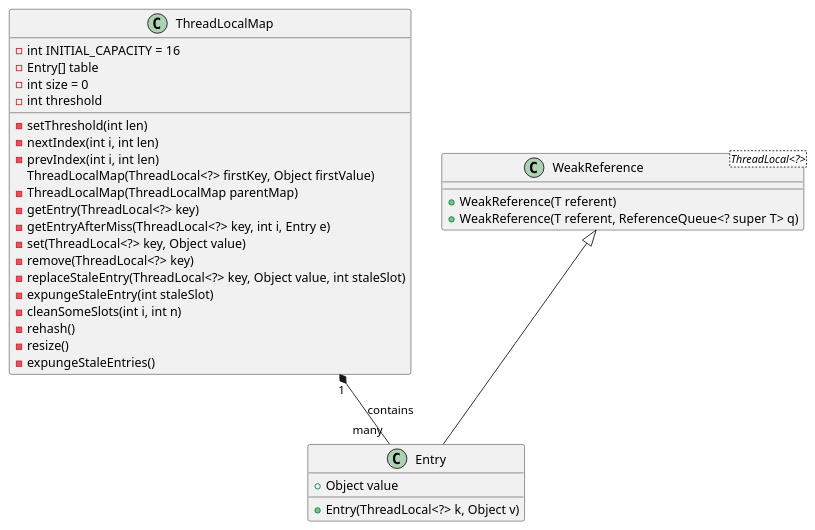
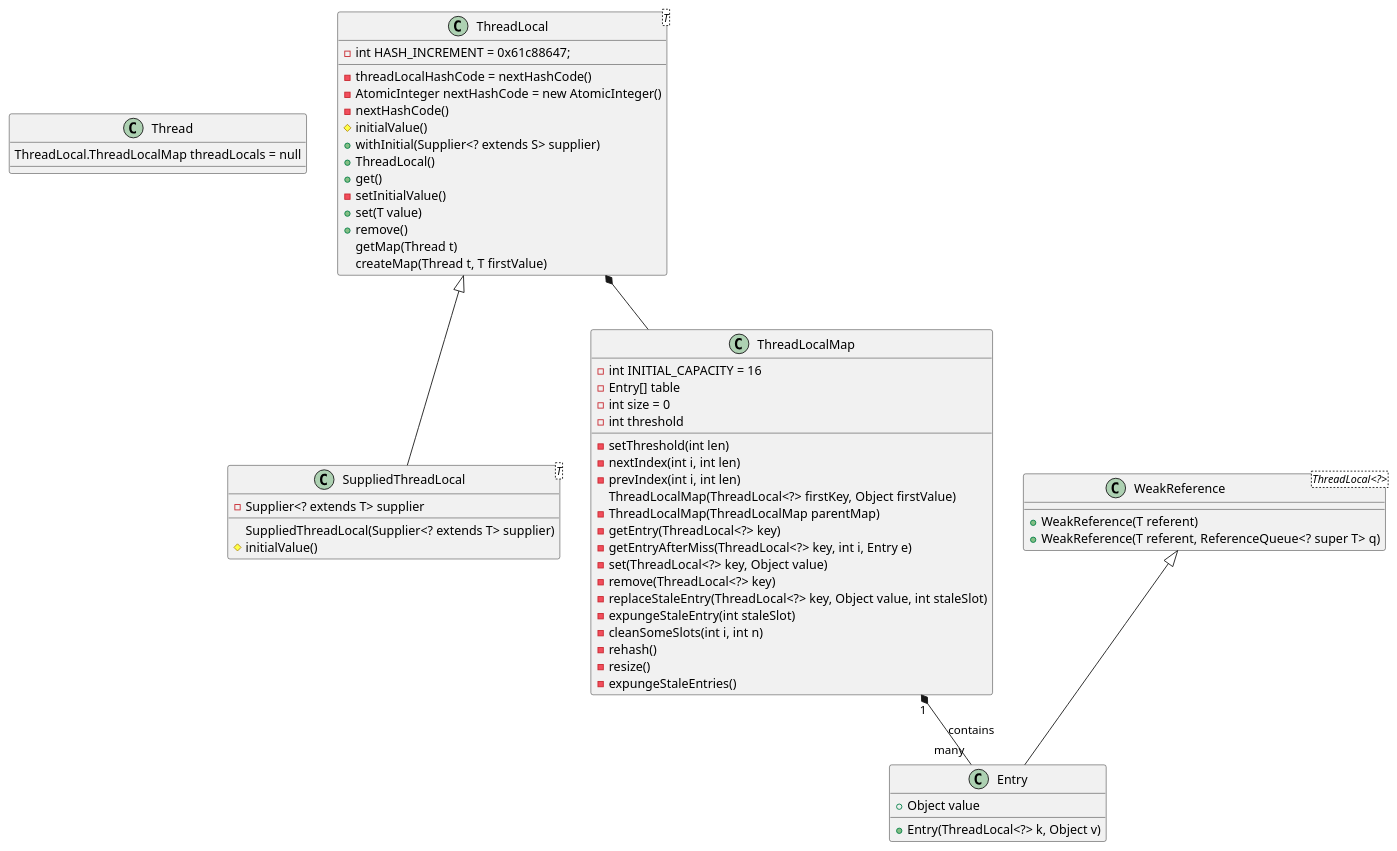
One commit to nicktming/code changed the diagram in JavaBasics/src/com/sourcecode/threadlocal/threadlocal.puml. Above: the diagram before and after it, drawn with PlantUML. The commit also changed 2 other files, not shown here.

```diff
--- a/JavaBasics/src/com/sourcecode/threadlocal/threadlocal.puml
+++ b/JavaBasics/src/com/sourcecode/threadlocal/threadlocal.puml
@@ -1,37 +1,65 @@
 @startuml
+
+class Thread {
+ThreadLocal.ThreadLocalMap threadLocals = null
+}
+
+class ThreadLocal<T> {
+    - threadLocalHashCode = nextHashCode()
+    - AtomicInteger nextHashCode = new AtomicInteger()
+    - int HASH_INCREMENT = 0x61c88647;
+    - nextHashCode()
+    # initialValue()
+    + withInitial(Supplier<? extends S> supplier)
+    + ThreadLocal()
+    + get()
+    - setInitialValue()
+    + set(T value)
+    + remove()
+        getMap(Thread t)
+        createMap(Thread t, T firstValue)
+}
+
+class SuppliedThreadLocal<T> {
+    - Supplier<? extends T> supplier
+    SuppliedThreadLocal(Supplier<? extends T> supplier)
+    # initialValue()
+}
 
 class ThreadLocalMap {
     - int INITIAL_CAPACITY = 16
     - Entry[] table
     - int size = 0
     - int threshold
     - setThreshold(int len)
     - nextIndex(int i, int len)
     - prevIndex(int i, int len)
      ThreadLocalMap(ThreadLocal<?> firstKey, Object firstValue)
     - ThreadLocalMap(ThreadLocalMap parentMap)
     - getEntry(ThreadLocal<?> key)
     - getEntryAfterMiss(ThreadLocal<?> key, int i, Entry e)
     - set(ThreadLocal<?> key, Object value)
     - remove(ThreadLocal<?> key)
     - replaceStaleEntry(ThreadLocal<?> key, Object value, int staleSlot)
     - expungeStaleEntry(int staleSlot)
     - cleanSomeSlots(int i, int n)
     - rehash()
     - resize()
     - expungeStaleEntries()
 }
 
 class Entry {
     + Object value
     + Entry(ThreadLocal<?> k, Object v)
 }
 
 class WeakReference<ThreadLocal<?>>{
     + WeakReference(T referent)
     + WeakReference(T referent, ReferenceQueue<? super T> q)
 }
 
 WeakReference <|-- Entry
 ThreadLocalMap "1" *-- "many" Entry : contains
+ThreadLocal <|-- SuppliedThreadLocal
+ThreadLocal *-- ThreadLocalMap
 @enduml
```
